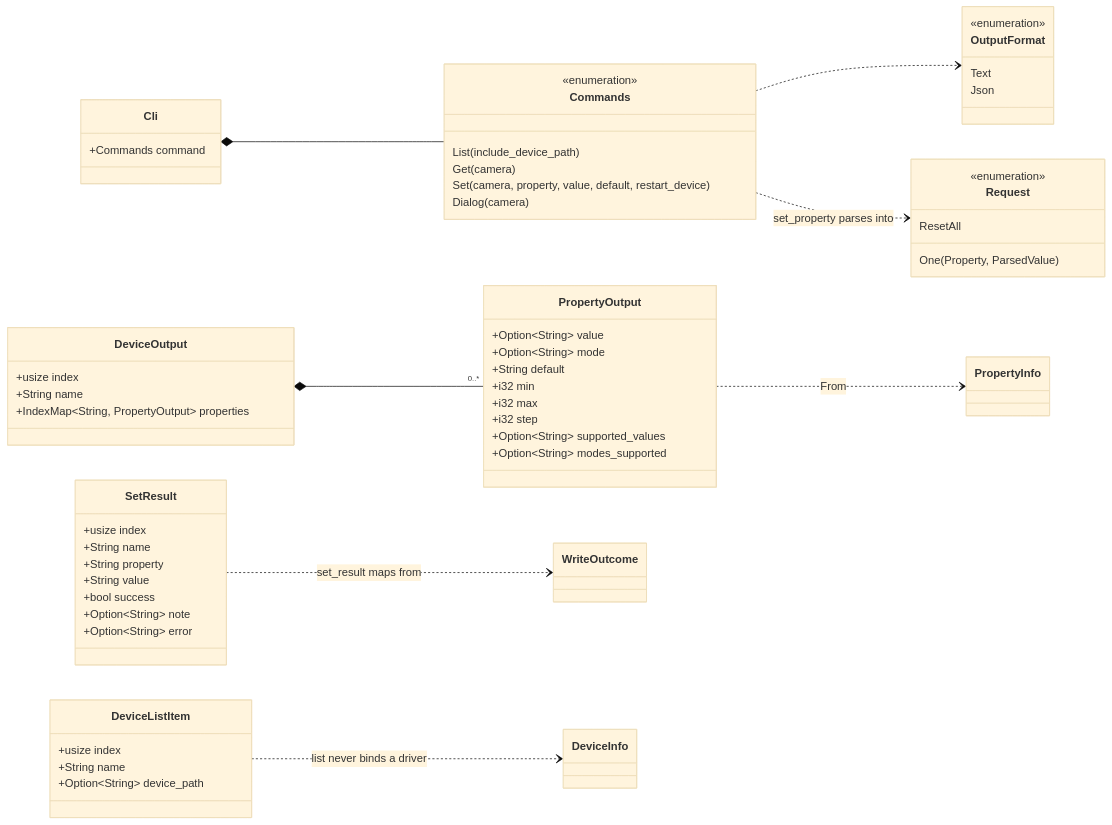
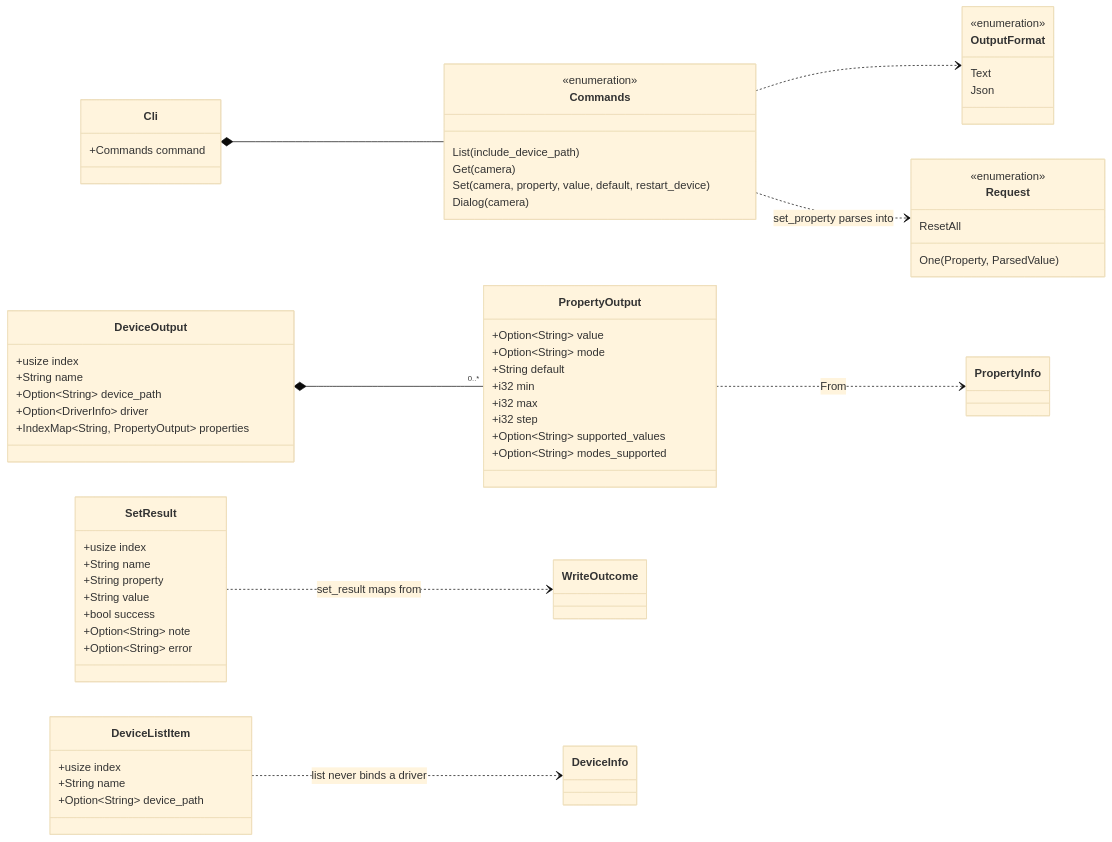
Before and after one commit to andrewj-t/wincamcfg: the third of 5 diagrams in docs/architecture.md, drawn with Mermaid (base theme). The commit also changed 3 other files, not shown here.

First line of the commit message:
feat: show the device path in get

````diff
--- a/docs/architecture.md
+++ b/docs/architecture.md
@@ -170,69 +170,71 @@
 ```mermaid
 classDiagram
     direction LR
 
     class Cli {
         +Commands command
     }
 
     class Commands {
         <<enumeration>>
         List(include_device_path)
         Get(camera)
         Set(camera, property, value, default, restart_device)
         Dialog(camera)
     }
 
     class OutputFormat {
         <<enumeration>>
         Text
         Json
     }
 
     class Request {
         <<enumeration>>
         ResetAll
         One(Property, ParsedValue)
     }
 
     class DeviceOutput {
         +usize index
         +String name
+        +Option~String~ device_path
+        +Option~DriverInfo~ driver
         +IndexMap~String, PropertyOutput~ properties
     }
 
     class PropertyOutput {
         +Option~String~ value
         +Option~String~ mode
         +String default
         +i32 min
         +i32 max
         +i32 step
         +Option~String~ supported_values
         +Option~String~ modes_supported
     }
 
     class SetResult {
         +usize index
         +String name
         +String property
         +String value
         +bool success
         +Option~String~ note
         +Option~String~ error
     }
 
     class DeviceListItem {
         +usize index
         +String name
         +Option~String~ device_path
     }
 
     Cli *-- Commands
     Commands ..> OutputFormat
     Commands ..> Request : set_property parses into
     DeviceOutput *-- "0..*" PropertyOutput
     PropertyOutput ..> PropertyInfo : From
     SetResult ..> WriteOutcome : set_result maps from
     DeviceListItem ..> DeviceInfo : list never binds a driver
 ```
````
